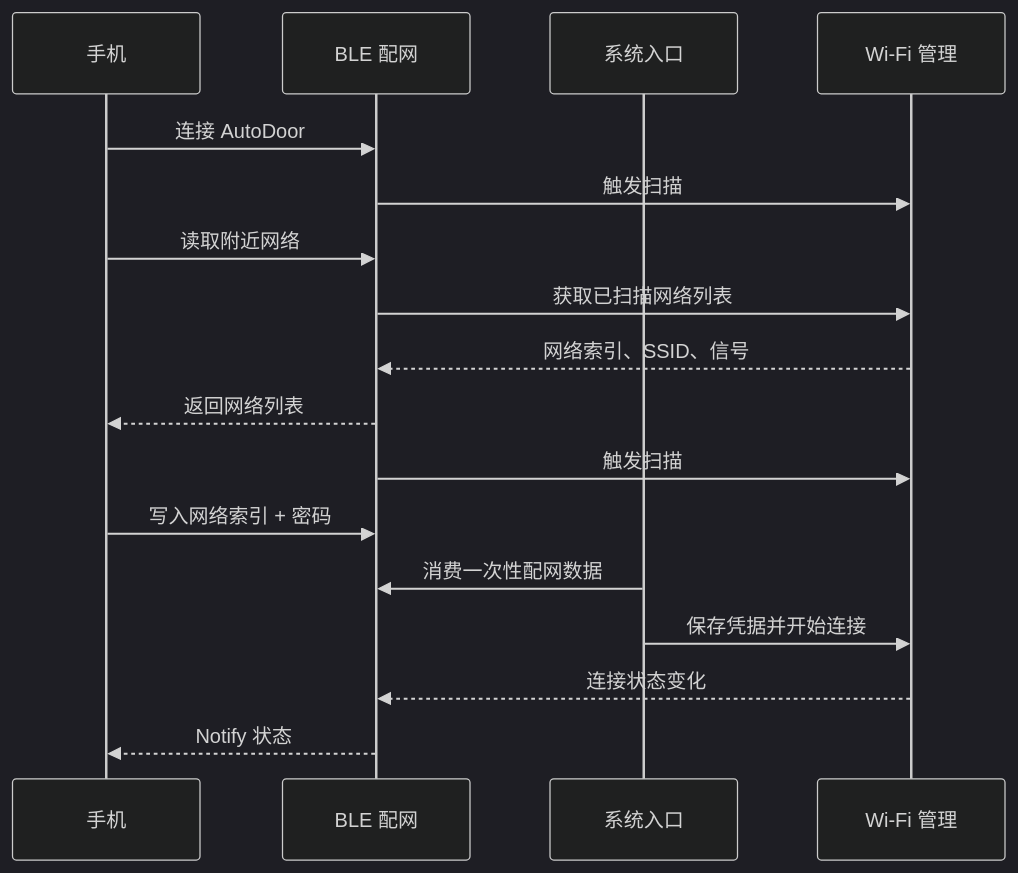
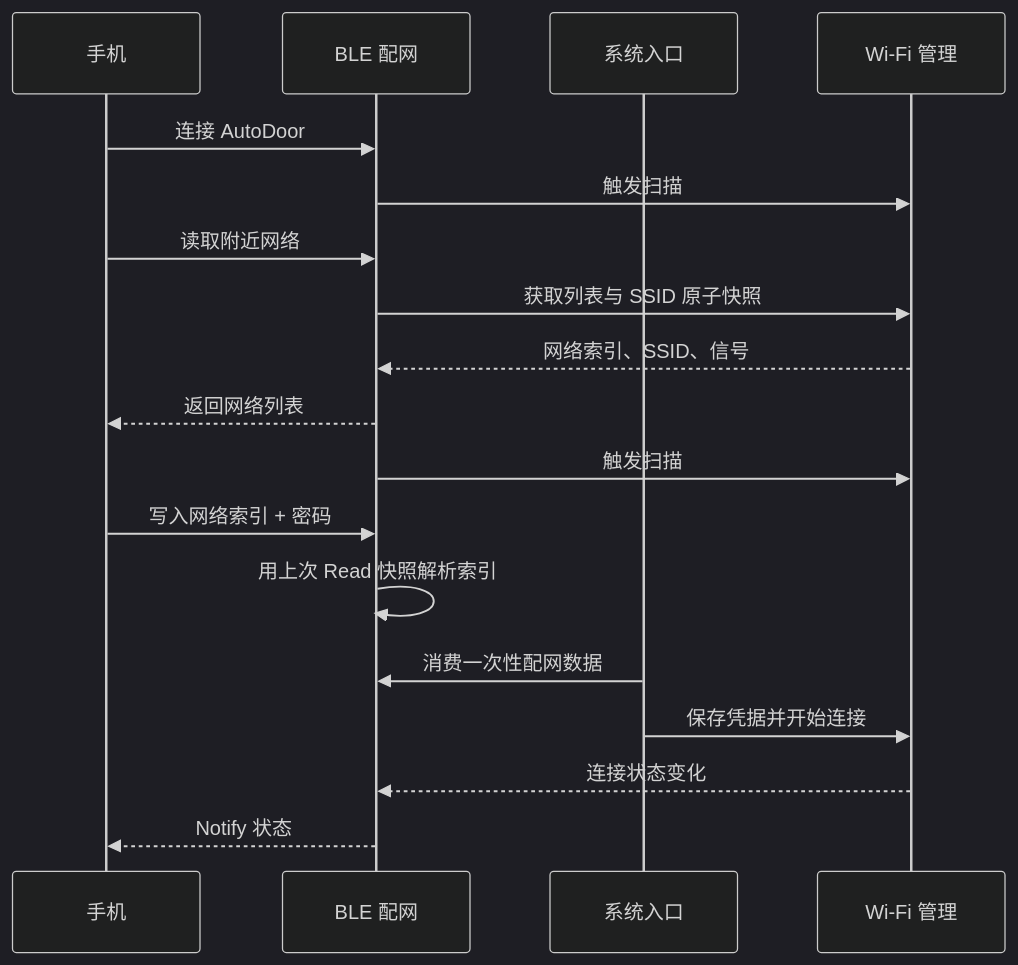
The diagram in docs/31-BLE配网.md (qujsh/auto-door), drawn with Mermaid (dark theme) before and after one commit. The commit also changed other lines of this file and 8 other files, not shown here.

````diff
--- a/docs/31-BLE配网.md
+++ b/docs/31-BLE配网.md
@@ -21,20 +21,21 @@
 ```mermaid
 sequenceDiagram
     participant Phone as 手机
     participant BLE as BLE 配网
     participant App as 系统入口
     participant WiFi as Wi-Fi 管理
 
     Phone->>BLE: 连接 AutoDoor
     BLE->>WiFi: 触发扫描
     Phone->>BLE: 读取附近网络
-    BLE->>WiFi: 获取已扫描网络列表
+    BLE->>WiFi: 获取列表与 SSID 原子快照
     WiFi-->>BLE: 网络索引、SSID、信号
     BLE-->>Phone: 返回网络列表
     BLE->>WiFi: 触发扫描
     Phone->>BLE: 写入网络索引 + 密码
+    BLE->>BLE: 用上次 Read 快照解析索引
     App->>BLE: 消费一次性配网数据
     App->>WiFi: 保存凭据并开始连接
     WiFi-->>BLE: 连接状态变化
     BLE-->>Phone: Notify 状态
 ```
````
